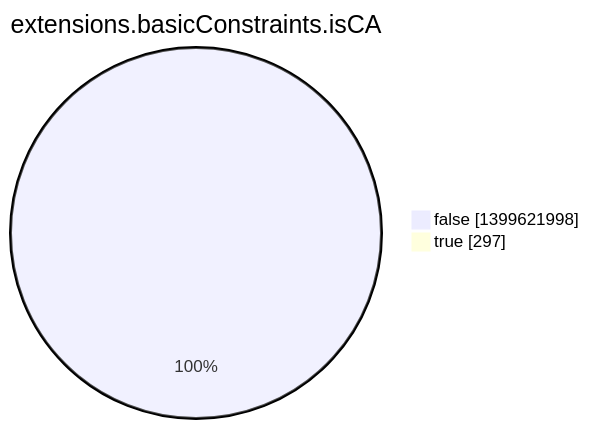
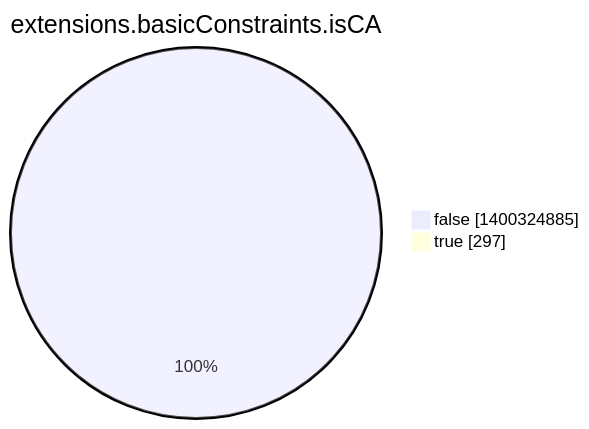
One commit to christiankrug/ctmonitor_visualization changed the eighth of 15 diagrams in argon2022/README.md. Above: the diagram before and after it, drawn with Mermaid. The commit also changed other lines of this file, not shown here.

````diff
--- a/argon2022/README.md
+++ b/argon2022/README.md
@@ -2759,6 +2759,6 @@
 ```mermaid
 pie showData
 title extensions.basicConstraints.isCA
-"false" :1399621998
+"false" :1400324885
 "true" :297
 ```
````
